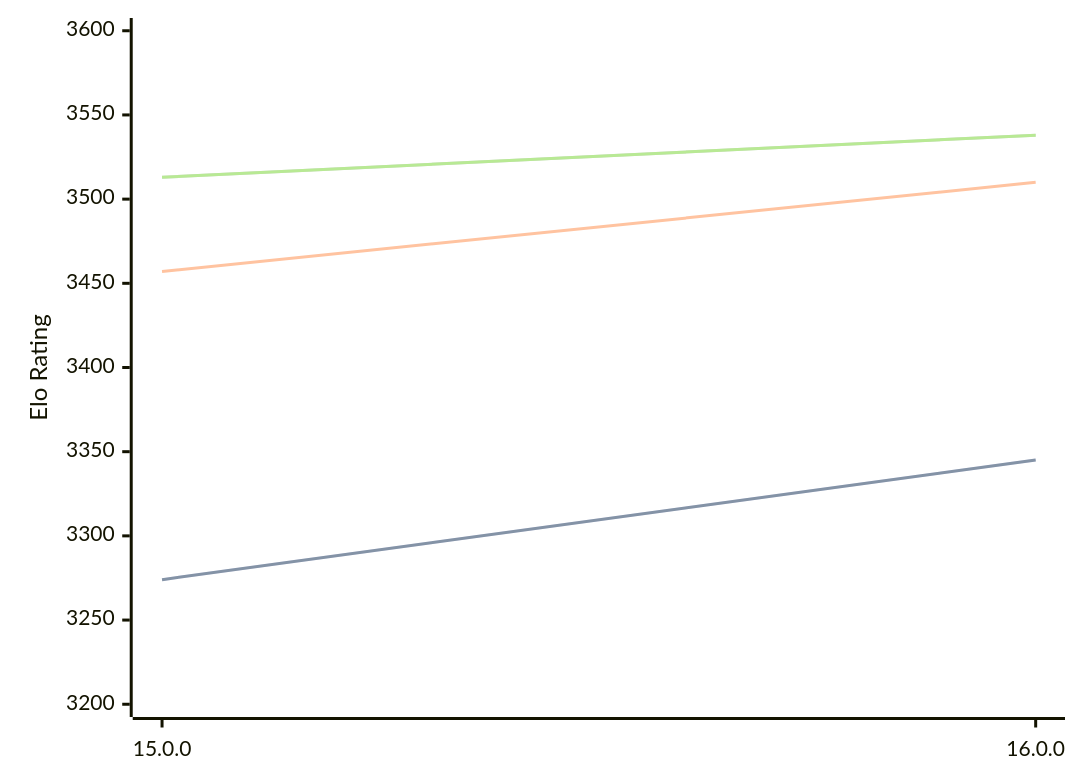
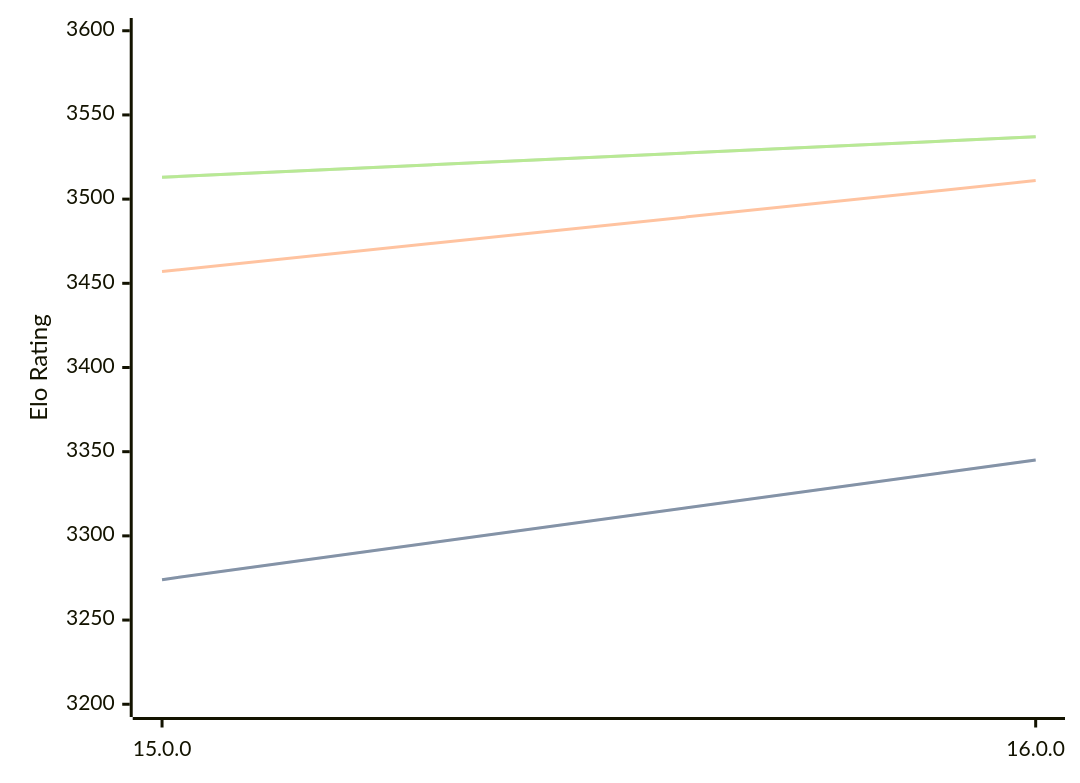
The diagram in engines/Halogen.md (computer-chess-index/cci), drawn with Mermaid before and after one commit. The commit also changed other lines of this file, not shown here.

Commit message:
Update CCI Ratings (ELO VLTC) - 2026-07-20

````diff
--- a/engines/Halogen.md
+++ b/engines/Halogen.md
@@ -50,11 +50,11 @@
 ```mermaid
 %%{init: {"theme":"base","themeVariables":{"seriesColors:['#a3a3a3','#222221','#faa371']}}}%%
 xychart-beta
   x-axis ["15.0.0", "16.0.0"]
   y-axis "Elo Rating" 3200 --> 3600
   line "STC (8.0+0.08s)" [3274, 3345]
   line "STC (8.0+0.08s)" [3274, 3345]
-  line "LTC (60.0+0.60s)" [3457, 3510]
-  line "VLTC (2m24s+1.12s)" [3513, 3538]
-  line "VLTC (2m24s+1.12s)" [3513, 3538]
+  line "LTC (60.0+0.60s)" [3457, 3511]
+  line "VLTC (2m24s+1.12s)" [3513, 3537]
+  line "VLTC (2m24s+1.12s)" [3513, 3537]
 ```
````
